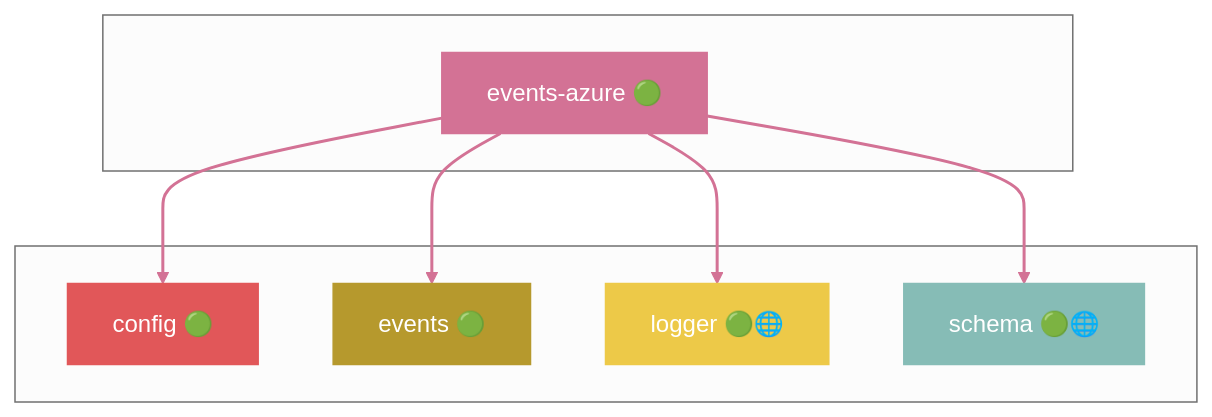
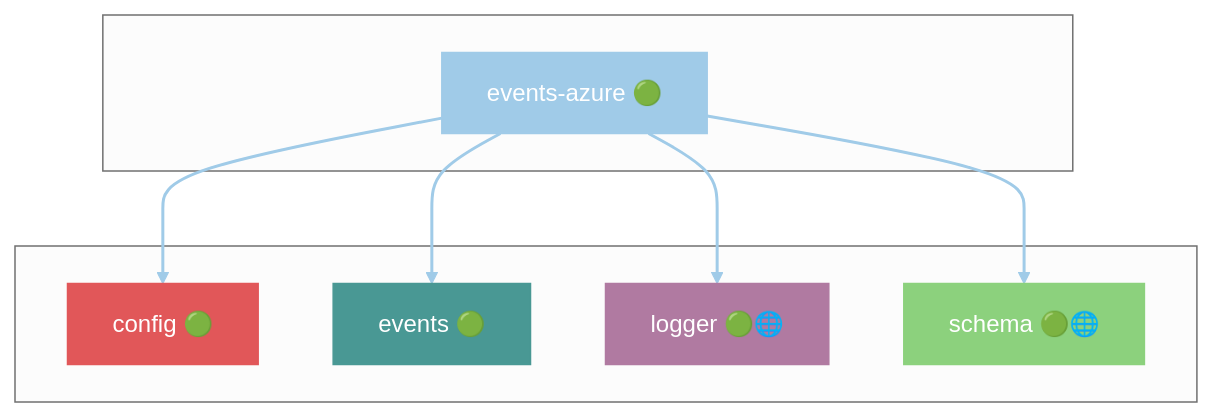
Before and after one commit to grest-ts/grest-ts: diagram 17 of 41 in docs/DEPENDENCIES.md, drawn with Mermaid (neutral theme). The commit also changed other lines of this file and 29 other files, not shown here.

````diff
--- a/docs/DEPENDENCIES.md
+++ b/docs/DEPENDENCIES.md
@@ -875,25 +885,25 @@
 ```mermaid
 flowchart TB
     subgraph Package[" "]
         events-azure["events-azure 🟢"]
     end
     subgraph Dependencies[" "]
         config["config 🟢"]
         events["events 🟢"]
         logger["logger 🟢🌐"]
         schema["schema 🟢🌐"]
     end
     events-azure --> config
     events-azure --> events
     events-azure --> logger
     events-azure --> schema
-    style events-azure fill:#D37295,stroke:#D37295,color:#fff
+    style events-azure fill:#A0CBE8,stroke:#A0CBE8,color:#fff
     style config fill:#E15759,stroke:#E15759,color:#fff
-    style events fill:#B6992D,stroke:#B6992D,color:#fff
-    style logger fill:#EDC948,stroke:#EDC948,color:#fff
-    style schema fill:#86BCB6,stroke:#86BCB6,color:#fff
-    linkStyle 0 stroke:#D37295,stroke-width:2px
-    linkStyle 1 stroke:#D37295,stroke-width:2px
-    linkStyle 2 stroke:#D37295,stroke-width:2px
-    linkStyle 3 stroke:#D37295,stroke-width:2px
+    style events fill:#499894,stroke:#499894,color:#fff
+    style logger fill:#B07AA1,stroke:#B07AA1,color:#fff
+    style schema fill:#8CD17D,stroke:#8CD17D,color:#fff
+    linkStyle 0 stroke:#A0CBE8,stroke-width:2px
+    linkStyle 1 stroke:#A0CBE8,stroke-width:2px
+    linkStyle 2 stroke:#A0CBE8,stroke-width:2px
+    linkStyle 3 stroke:#A0CBE8,stroke-width:2px
 ```
````
